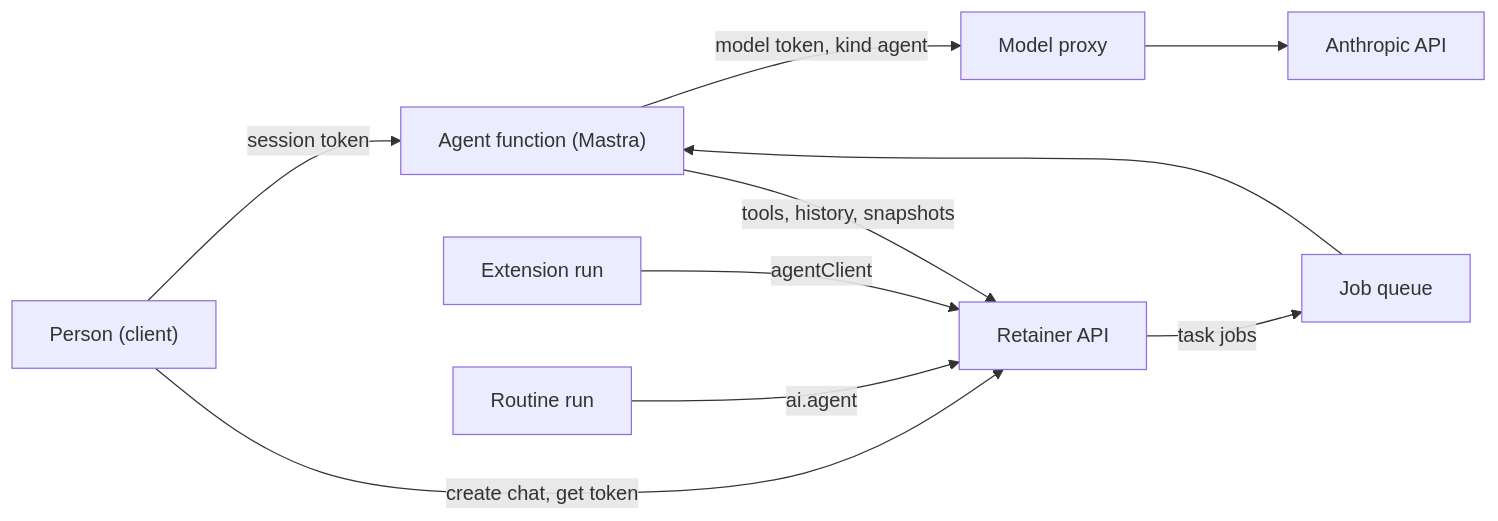
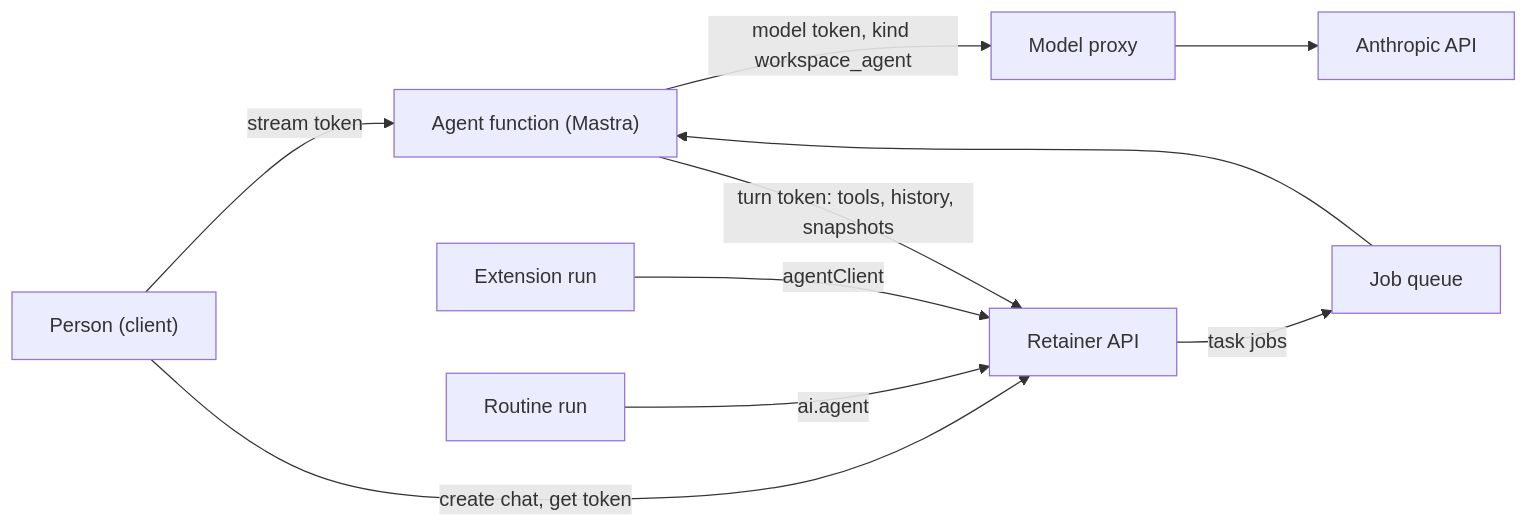
Before and after one commit to Tamloot-cc/Retainer: the diagram in docs/specs/agent.md, drawn with Mermaid. The commit also changed other lines of this file, not shown here.

First line of the commit message:
Agent spec: settle the dual review

````diff
--- a/docs/specs/agent.md
+++ b/docs/specs/agent.md
@@ -64,12 +77,12 @@
 ```mermaid
 flowchart LR
-  P["Person (client)"] -->|"session token"| AG
+  P["Person (client)"] -->|"stream token"| AG
   P -->|"create chat, get token"| API
   R["Routine run"] -->|"ai.agent"| API
   X["Extension run"] -->|"agentClient"| API
   API["Retainer API"] -->|"task jobs"| Q["Job queue"]
   Q --> AG["Agent function (Mastra)"]
-  AG -->|"model token, kind agent"| MP["Model proxy"]
+  AG -->|"model token, kind workspace_agent"| MP["Model proxy"]
   MP --> AN["Anthropic API"]
-  AG -->|"tools, history, snapshots"| API
+  AG -->|"turn token: tools, history, snapshots"| API
 ```
````
